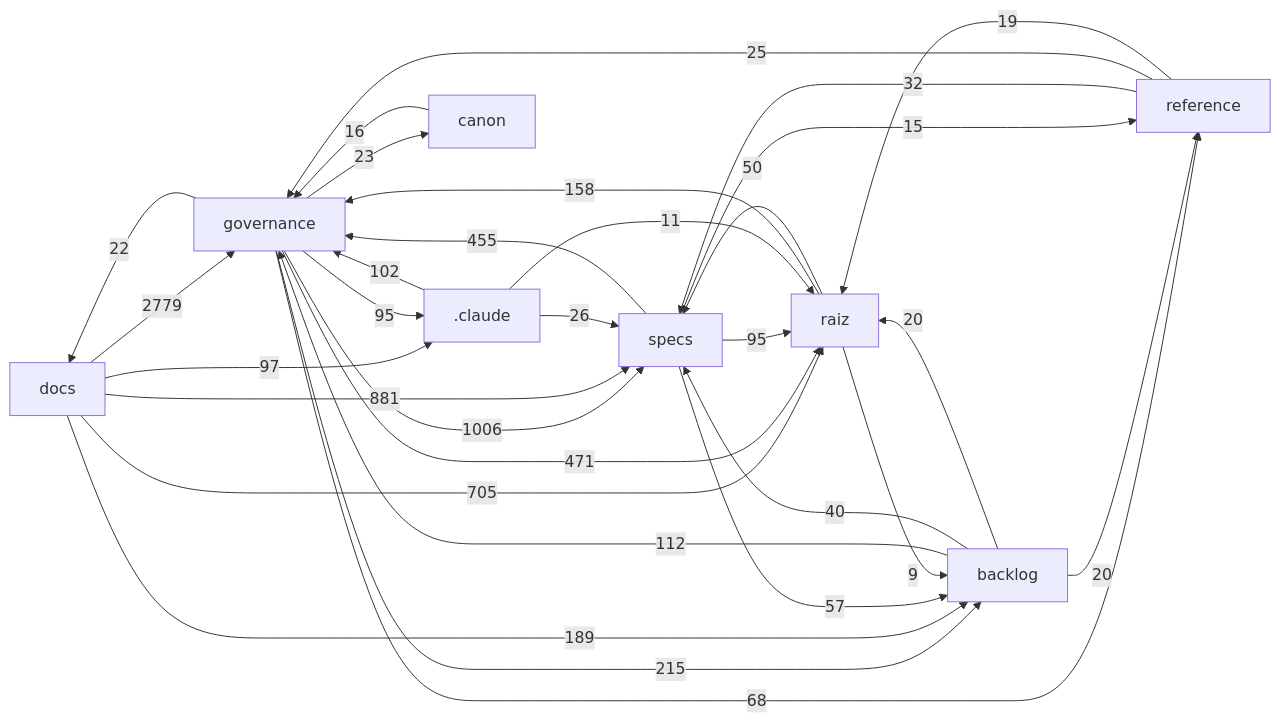
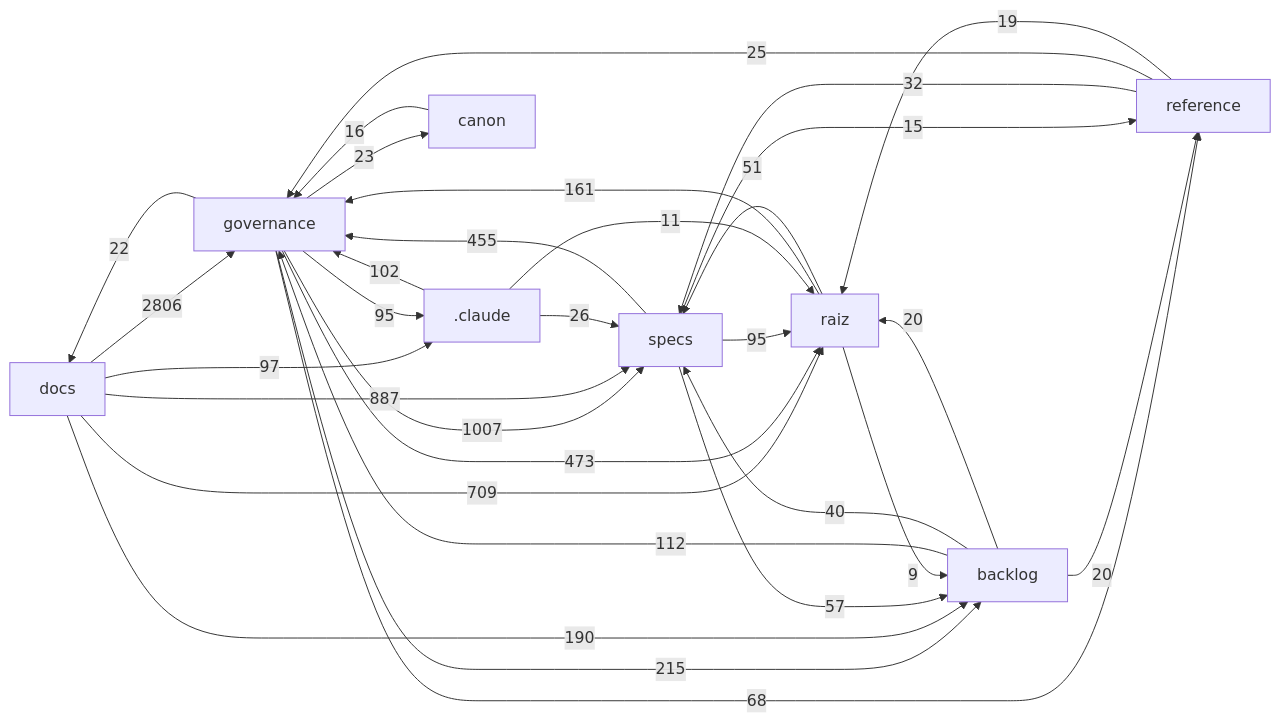
The diagram in docs/mapa/MAPA-PROJETO.md (Andraus35/Sistema-Operacional-de-Trading--SOT), drawn with Mermaid before and after one commit. The commit also changed other lines of this file and 10 other files, not shown here.

````diff
--- a/docs/mapa/MAPA-PROJETO.md
+++ b/docs/mapa/MAPA-PROJETO.md
@@ -29,33 +29,33 @@
 ```mermaid
 flowchart LR
-  docs["docs"] -->|2779| governance["governance"]
-  governance["governance"] -->|1006| specs["specs"]
-  docs["docs"] -->|881| specs["specs"]
-  docs["docs"] -->|705| raiz["raiz"]
-  governance["governance"] -->|471| raiz["raiz"]
+  docs["docs"] -->|2806| governance["governance"]
+  governance["governance"] -->|1007| specs["specs"]
+  docs["docs"] -->|887| specs["specs"]
+  docs["docs"] -->|709| raiz["raiz"]
+  governance["governance"] -->|473| raiz["raiz"]
   specs["specs"] -->|455| governance["governance"]
   governance["governance"] -->|215| backlog["backlog"]
-  docs["docs"] -->|189| backlog["backlog"]
-  raiz["raiz"] -->|158| governance["governance"]
+  docs["docs"] -->|190| backlog["backlog"]
+  raiz["raiz"] -->|161| governance["governance"]
   backlog["backlog"] -->|112| governance["governance"]
   _claude[".claude"] -->|102| governance["governance"]
   docs["docs"] -->|97| _claude[".claude"]
   governance["governance"] -->|95| _claude[".claude"]
   specs["specs"] -->|95| raiz["raiz"]
   governance["governance"] -->|68| reference["reference"]
   specs["specs"] -->|57| backlog["backlog"]
-  raiz["raiz"] -->|50| specs["specs"]
+  raiz["raiz"] -->|51| specs["specs"]
   backlog["backlog"] -->|40| specs["specs"]
   reference["reference"] -->|32| specs["specs"]
   _claude[".claude"] -->|26| specs["specs"]
   reference["reference"] -->|25| governance["governance"]
   governance["governance"] -->|23| canon["canon"]
   governance["governance"] -->|22| docs["docs"]
   backlog["backlog"] -->|20| raiz["raiz"]
   backlog["backlog"] -->|20| reference["reference"]
   reference["reference"] -->|19| raiz["raiz"]
   canon["canon"] -->|16| governance["governance"]
   specs["specs"] -->|15| reference["reference"]
   _claude[".claude"] -->|11| raiz["raiz"]
   raiz["raiz"] -->|9| backlog["backlog"]
 ```
````
